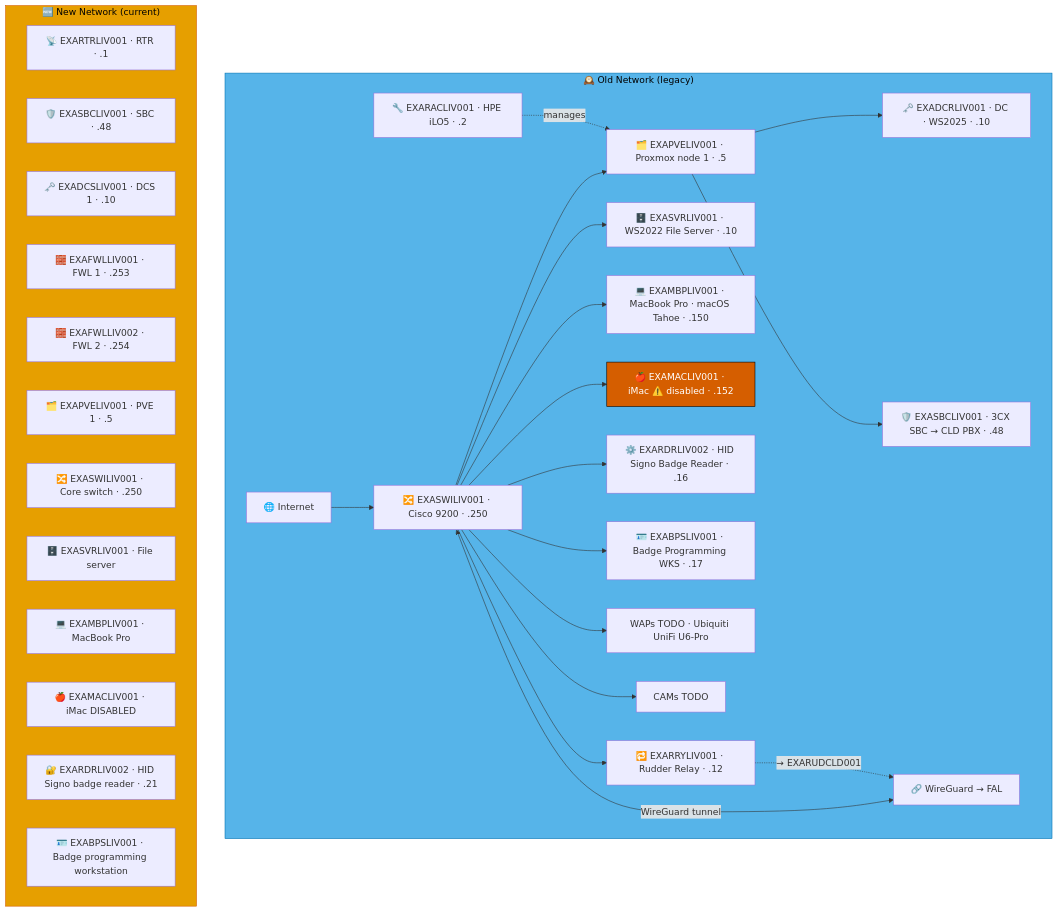
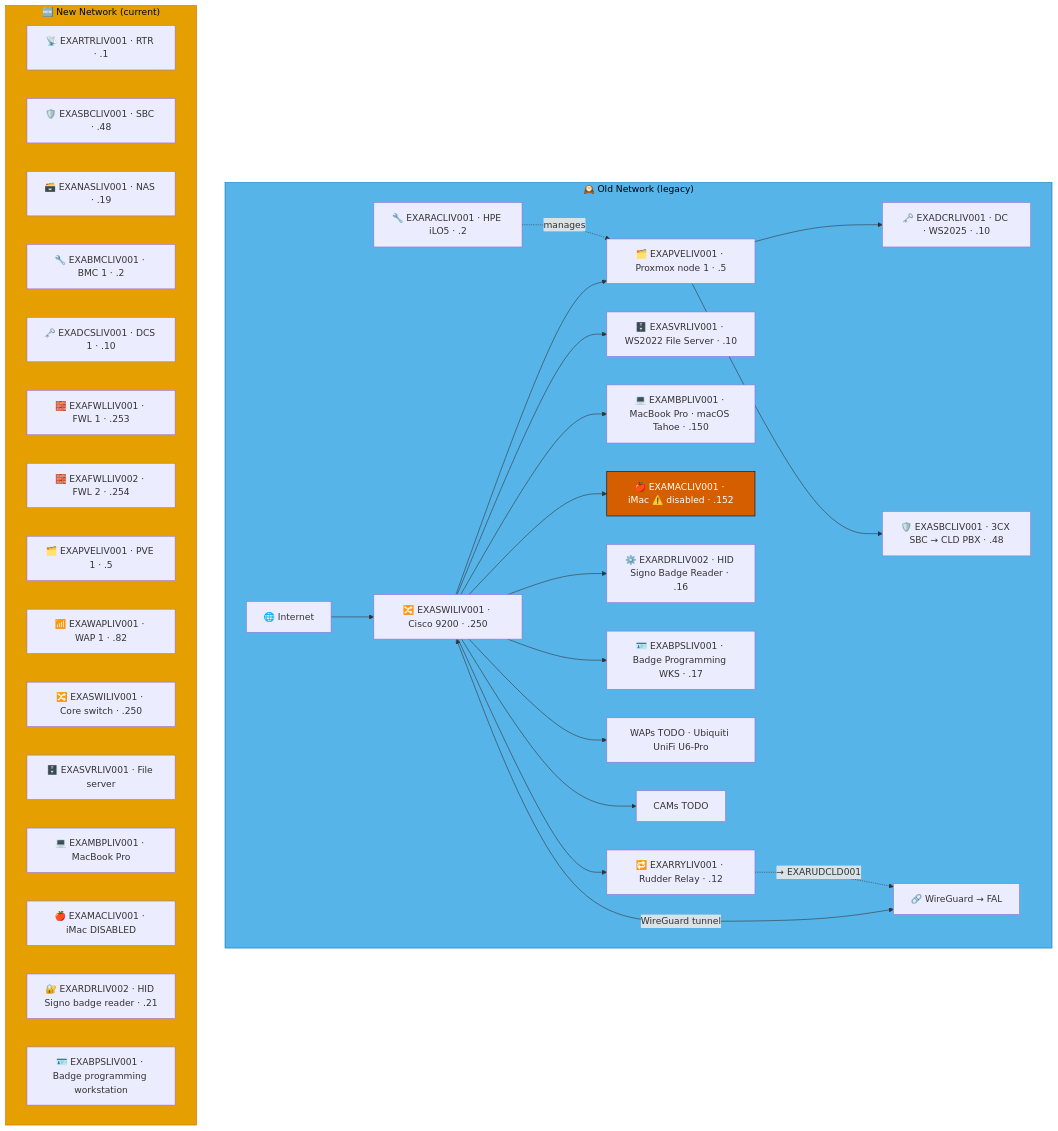
The fourth of 9 diagrams in docs/network-diagram/england.md (knightmare2600/example_music_infra), drawn with Mermaid before and after one commit. The commit also changed other lines of this file and 15 other files, not shown here.

````diff
--- a/docs/network-diagram/england.md
+++ b/docs/network-diagram/england.md
@@ -203,49 +215,52 @@
 ```mermaid
 graph TD
     subgraph OLD_LIV ["🕰️ Old Network (legacy)"]
       INET["🌐 Internet"]
       SW["🔀 EXASWILIV001 · Cisco 9200 · .250"]
       RAC["🔧 EXARACLIV001 · HPE iLO5 · .2"]
       PVE["🗂️ EXAPVELIV001 · Proxmox node 1 · .5"]
       DC["🗝️ EXADCRLIV001 · DC · WS2025 · .10"]
       SBC["🛡️ EXASBCLIV001 · 3CX SBC → CLD PBX · .48"]
       RRY["🔁 EXARRYLIV001 · Rudder Relay · .12"]
       SRV["🗄️ EXASVRLIV001 · WS2022 File Server · .10"]
       MBP["💻 EXAMBPLIV001 · MacBook Pro · macOS Tahoe · .150"]
       MAC["🍎 EXAMACLIV001 · iMac ⚠️ disabled · .152"]
       RDR["⚙️ EXARDRLIV002 · HID Signo Badge Reader · .16"]
       BPS["🪪 EXABPSLIV001 · Badge Programming WKS · .17"]
       WAP["WAPs TODO · Ubiquiti UniFi U6-Pro"]
       CAM["CAMs TODO"]
       VPN["🔗 WireGuard → FAL"]
 
       INET --> SW
       SW --> PVE --> DC & SBC
       RAC -.->|"manages"| PVE
       SW --> SRV & MBP & MAC & RDR & BPS & WAP & CAM
       SW <-->|"WireGuard tunnel"| VPN
 
       SW --> RRY
       RRY -. "→ EXARUDCLD001" .-> VPN
     end
     style OLD_LIV fill:#56B4E9,stroke:#0072B2,color:#000000
     %% GENERATED:NEW-NETWORK:LIV:START
     subgraph NEW_LIV ["🆕 New Network (current)"]
       N_RTR["📡 EXARTRLIV001 · RTR · .1"]
       N_SBC["🛡️ EXASBCLIV001 · SBC · .48"]
+      N_NAS["🗃️ EXANASLIV001 · NAS · .19"]
+      N_BMC["🔧 EXABMCLIV001 · BMC 1 · .2"]
       N_DCS["🗝️ EXADCSLIV001 · DCS 1 · .10"]
       N_FWL["🧱 EXAFWLLIV001 · FWL 1 · .253"]
       N_FWL2["🧱 EXAFWLLIV002 · FWL 2 · .254"]
       N_PVE["🗂️ EXAPVELIV001 · PVE 1 · .5"]
+      N_WAP["📶 EXAWAPLIV001 · WAP 1 · .82"]
       N_SWI["🔀 EXASWILIV001 · Core switch · .250"]
       N_SVR["🗄️ EXASVRLIV001 · File server"]
       N_MBP["💻 EXAMBPLIV001 · MacBook Pro"]
       N_MAC["🍎 EXAMACLIV001 · iMac DISABLED"]
       N_RDR["🔐 EXARDRLIV002 · HID Signo badge reader · .21"]
       N_BPS["🪪 EXABPSLIV001 · Badge programming workstation"]
     end
     style NEW_LIV fill:#E69F00,stroke:#D55E00,color:#000000
     %% GENERATED:NEW-NETWORK:LIV:END
     classDef warn fill:#D55E00,stroke:#000000,color:#ffffff
     class MAC warn
 ```
````
